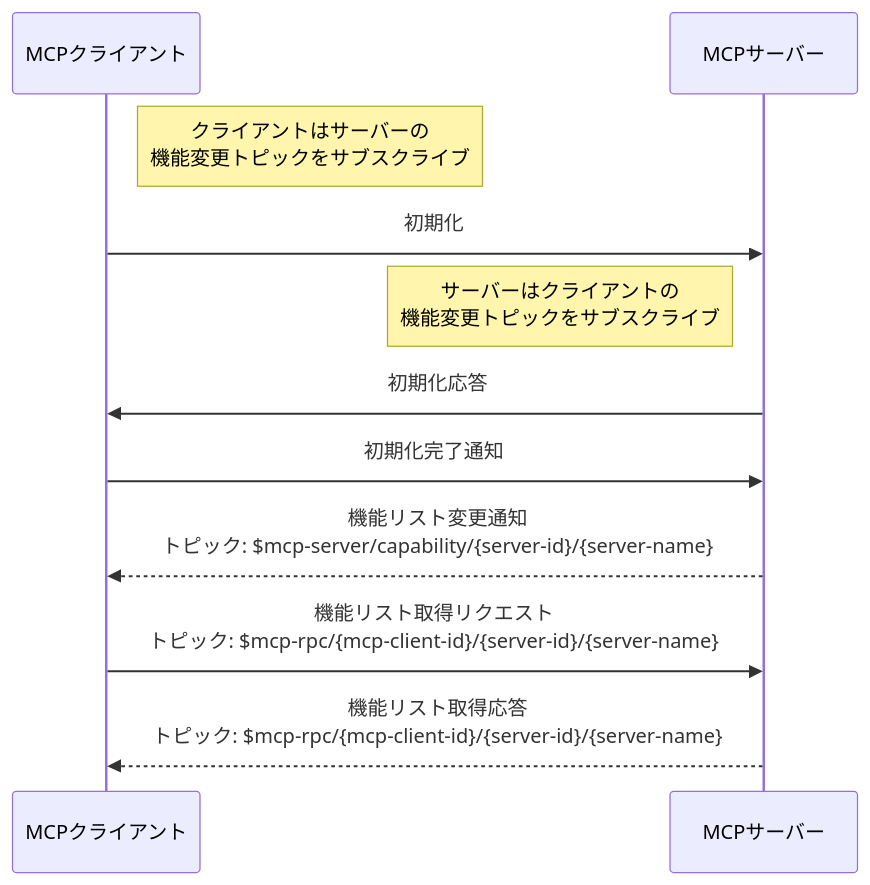
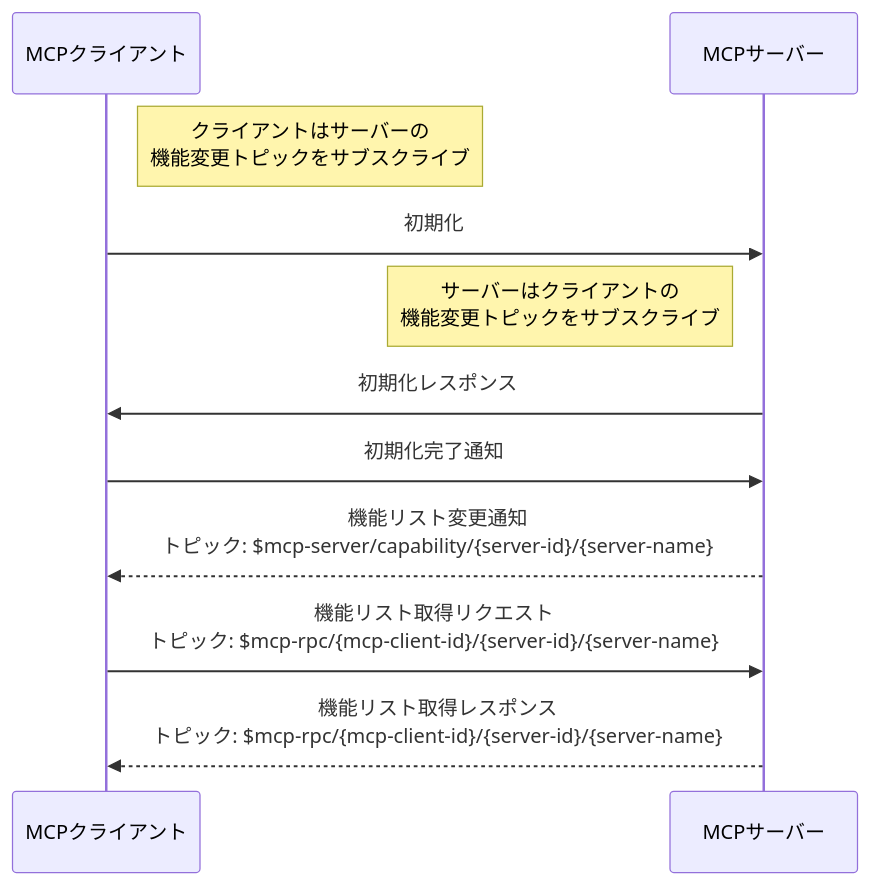
The third of 4 diagrams in ja_JP/develop/emqx-ai/mcp-over-mqtt/specification.md (emqx/emqx-docs), drawn with Mermaid before and after one commit. The commit also changed other lines of this file and 420 other files, not shown here.

````diff
--- a/ja_JP/develop/emqx-ai/mcp-over-mqtt/specification.md
+++ b/ja_JP/develop/emqx-ai/mcp-over-mqtt/specification.md
@@ -331,18 +331,18 @@
 ```mermaid
 sequenceDiagram
     participant MCP_Client as MCPクライアント
     participant MCP_Server as MCPサーバー
 
     Note right of MCP_Client: クライアントはサーバーの<br/>機能変更トピックをサブスクライブ
     MCP_Client ->> MCP_Server: 初期化
 
     Note left of MCP_Server: サーバーはクライアントの<br/>機能変更トピックをサブスクライブ
-    MCP_Server ->> MCP_Client: 初期化応答
+    MCP_Server ->> MCP_Client: 初期化レスポンス
     MCP_Client ->> MCP_Server: 初期化完了通知
 
     MCP_Server -->> MCP_Client: 機能リスト変更通知<br/>トピック: $mcp-server/capability/{server-id}/{server-name}
 
     MCP_Client ->> MCP_Server: 機能リスト取得リクエスト<br/>トピック: $mcp-rpc/{mcp-client-id}/{server-id}/{server-name}
 
-    MCP_Server -->> MCP_Client: 機能リスト取得応答<br/>トピック: $mcp-rpc/{mcp-client-id}/{server-id}/{server-name}
+    MCP_Server -->> MCP_Client: 機能リスト取得レスポンス<br/>トピック: $mcp-rpc/{mcp-client-id}/{server-id}/{server-name}
 ```
````
